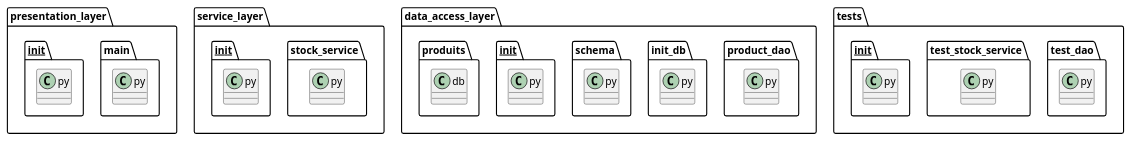
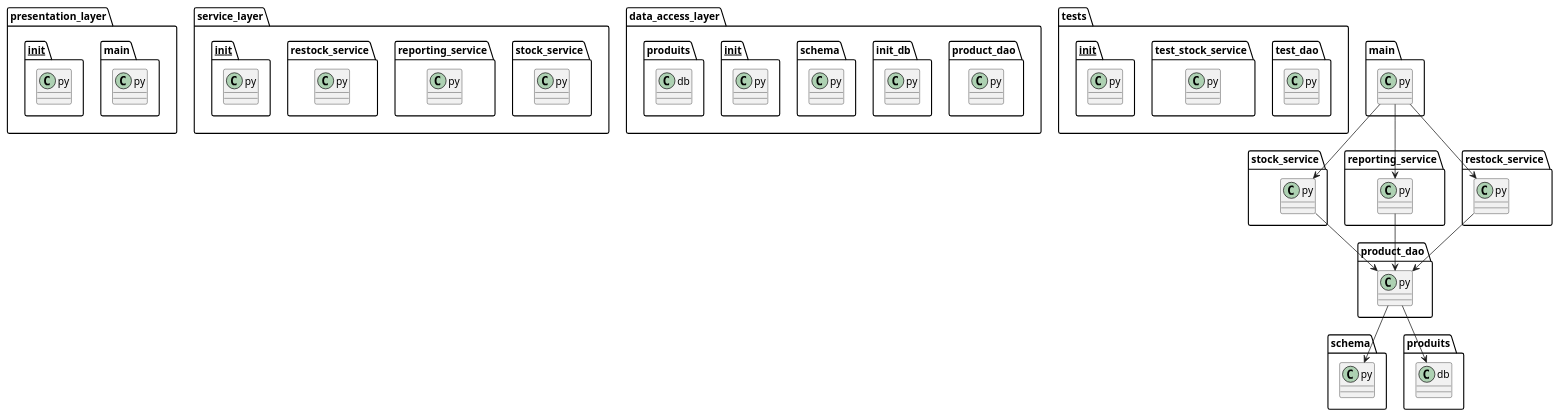
Before and after one commit to Ludo67/LOG430-Lab0: the diagram in docs/UML/implementation.puml, drawn with PlantUML. The commit also changed 19 other files, not shown here.

```diff
--- a/docs/UML/implementation.puml
+++ b/docs/UML/implementation.puml
@@ -1,26 +1,36 @@
 @startuml implementation
 package "presentation_layer" {
   class main.py
   class __init__.py
 }
 
 package "service_layer" {
   class stock_service.py
+  class reporting_service.py
+  class restock_service.py
   class __init__.py
 }
 
 package "data_access_layer" {
   class product_dao.py
   class init_db.py
   class schema.py
   class __init__.py
   class produits.db
 }
 
 package "tests" {
   class test_dao.py
   class test_stock_service.py
   class __init__.py
 }
 
+main.py --> stock_service.py
+main.py --> reporting_service.py
+main.py --> restock_service.py
+restock_service.py --> product_dao.py
+stock_service.py --> product_dao.py
+reporting_service.py --> product_dao.py
+product_dao.py --> schema.py
+product_dao.py --> produits.db
 @enduml
```
